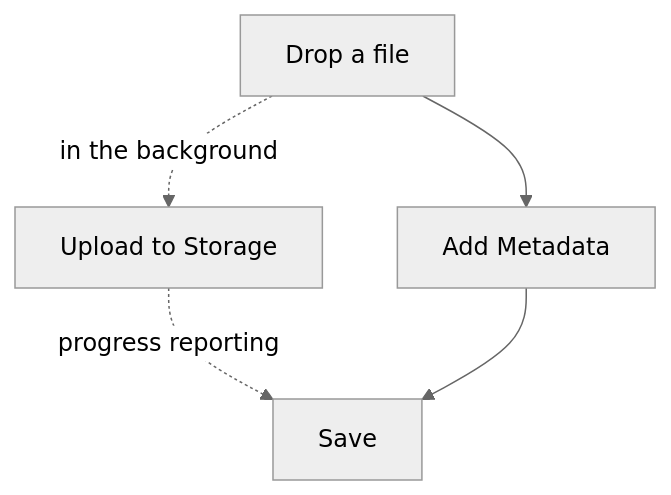
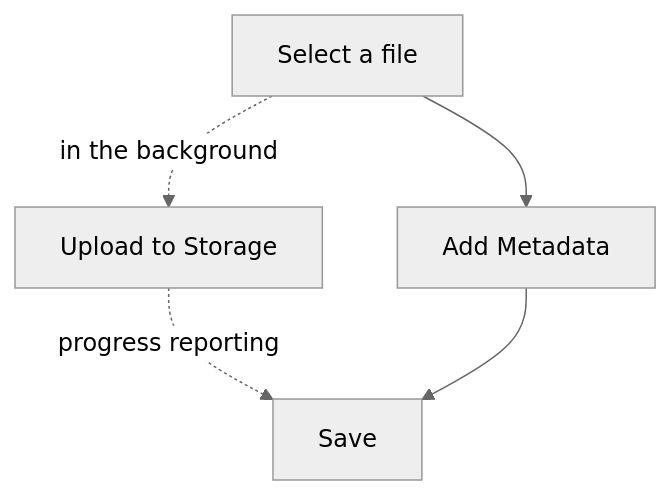
One commit to datopian/tech.datopian.com changed the fifth of 6 diagrams in publish/README.md. Above: the diagram before and after it, drawn with Mermaid (neutral theme). The commit also changed other lines of this file and 1 other file, not shown here.

Commit message:
[publish][m]: adding a resource schema flow.

````diff
--- a/publish/README.md
+++ b/publish/README.md
@@ -166,13 +175,13 @@
 ```mermaid
 graph TD
 
-addfile[Drop a file]
+addfile[Select a file]
 metadata[Add Metadata]
 upload[Upload to Storage]
 save[Save]
 
 addfile -.in the background.-> upload
 addfile --> metadata
 upload -.progress reporting.-> save
 metadata --> save
 ```
````
